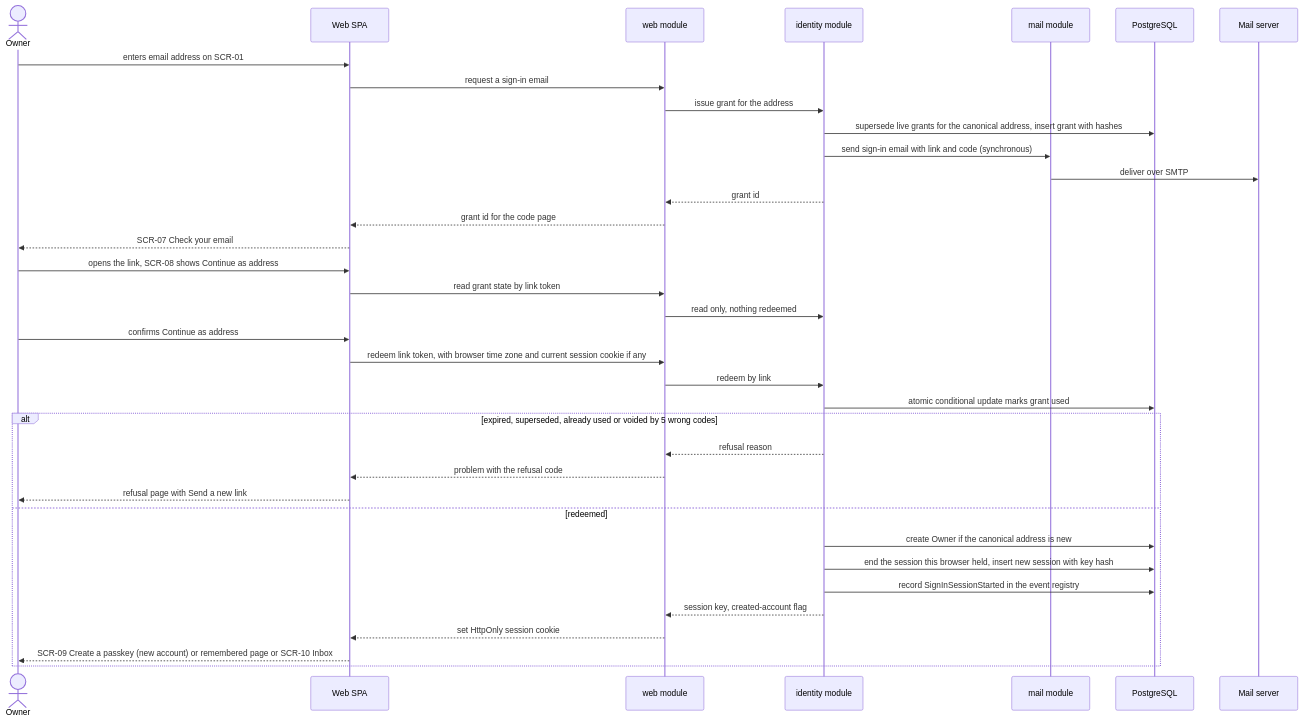
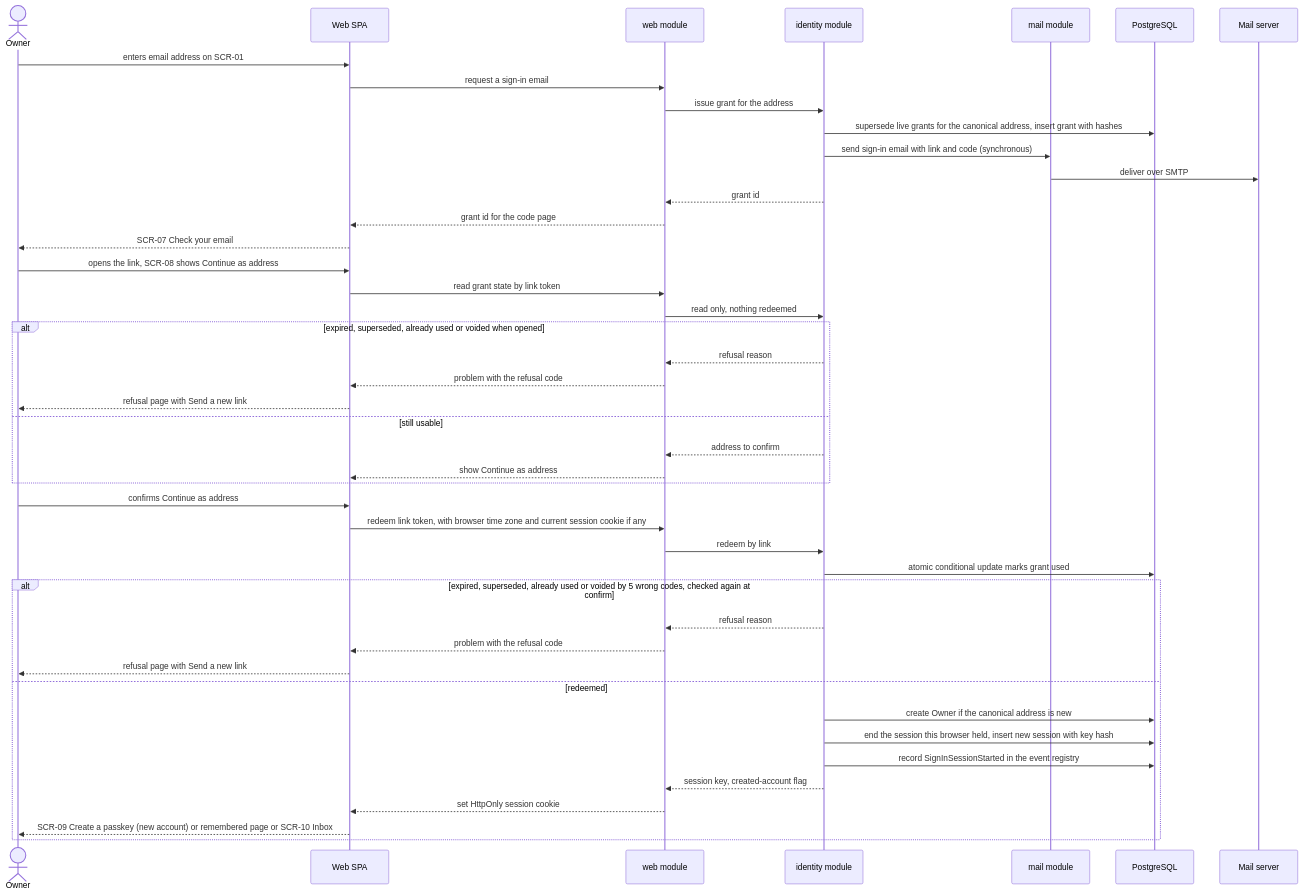
Before and after one commit to drnetua/telex: the third of 5 diagrams in docs/features/platform-skeleton/sad.md, drawn with Mermaid. The commit also changed other lines of this file and 2 other files, not shown here.

````diff
--- a/docs/features/platform-skeleton/sad.md
+++ b/docs/features/platform-skeleton/sad.md
@@ -215,39 +219,47 @@
 ```mermaid
 sequenceDiagram
     actor Owner
     participant SPA as Web SPA
     participant Web as web module
     participant Identity as identity module
     participant Mail as mail module
     participant DB as PostgreSQL
     participant MS as Mail server
 
     Owner->>SPA: enters email address on SCR-01
     SPA->>Web: request a sign-in email
     Web->>Identity: issue grant for the address
     Identity->>DB: supersede live grants for the canonical address, insert grant with hashes
     Identity->>Mail: send sign-in email with link and code (synchronous)
     Mail->>MS: deliver over SMTP
     Identity-->>Web: grant id
     Web-->>SPA: grant id for the code page
     SPA-->>Owner: SCR-07 Check your email
     Owner->>SPA: opens the link, SCR-08 shows Continue as address
     SPA->>Web: read grant state by link token
     Web->>Identity: read only, nothing redeemed
+    alt expired, superseded, already used or voided when opened
+        Identity-->>Web: refusal reason
+        Web-->>SPA: problem with the refusal code
+        SPA-->>Owner: refusal page with Send a new link
+    else still usable
+        Identity-->>Web: address to confirm
+        Web-->>SPA: show Continue as address
+    end
     Owner->>SPA: confirms Continue as address
     SPA->>Web: redeem link token, with browser time zone and current session cookie if any
     Web->>Identity: redeem by link
     Identity->>DB: atomic conditional update marks grant used
-    alt expired, superseded, already used or voided by 5 wrong codes
+    alt expired, superseded, already used or voided by 5 wrong codes, checked again at confirm
         Identity-->>Web: refusal reason
         Web-->>SPA: problem with the refusal code
         SPA-->>Owner: refusal page with Send a new link
     else redeemed
         Identity->>DB: create Owner if the canonical address is new
         Identity->>DB: end the session this browser held, insert new session with key hash
         Identity->>DB: record SignInSessionStarted in the event registry
         Identity-->>Web: session key, created-account flag
         Web-->>SPA: set HttpOnly session cookie
         SPA-->>Owner: SCR-09 Create a passkey (new account) or remembered page or SCR-10 Inbox
     end
 ```
````
